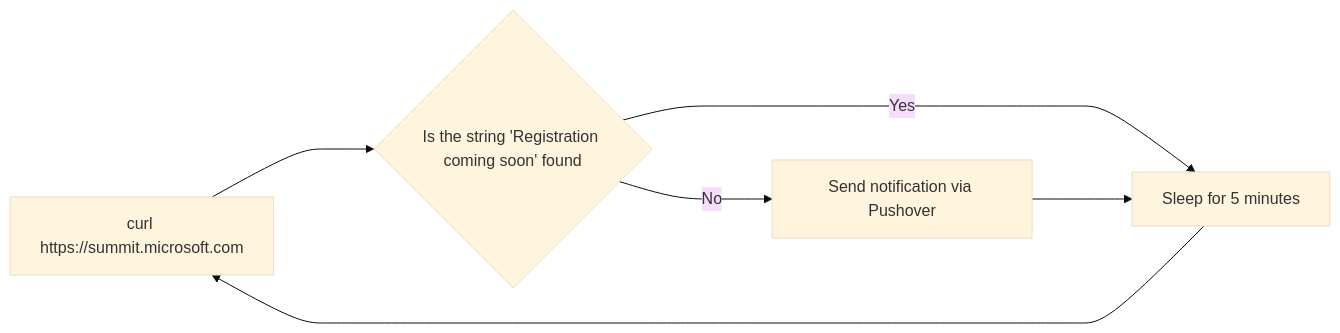
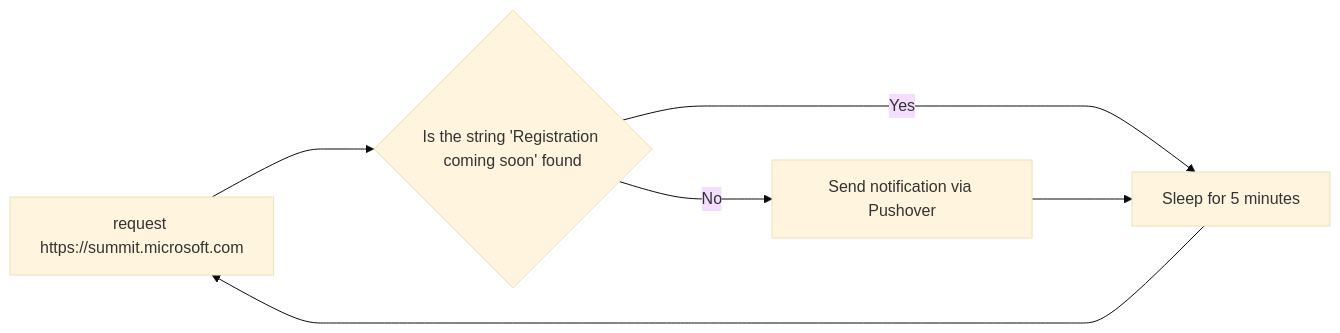
One commit to simonpainter/www.simonpainter.com changed the diagram in blog/mvp-summit-registration-watcher.md. Above: the diagram before and after it, drawn with Mermaid (base theme). The commit also changed other lines of this file and 1 other file, not shown here.

````diff
--- a/blog/mvp-summit-registration-watcher.md
+++ b/blog/mvp-summit-registration-watcher.md
@@ -22,13 +24,13 @@
 ```mermaid
 flowchart LR
-    curl-url["curl https://summit.microsoft.com"]
+    request-url["request https://summit.microsoft.com"]
     is-string-found{"Is the string 'Registration coming soon' found"}
     sleep-300["Sleep for 5 minutes"]
     send-notification["Send notification via Pushover"]
 
-    curl-url ---> is-string-found
+    request-url ---> is-string-found
     is-string-found--->|Yes|sleep-300
-    sleep-300--->curl-url
+    sleep-300--->request-url
     is-string-found--->|No|send-notification
     send-notification ---> sleep-300
 ```
````
